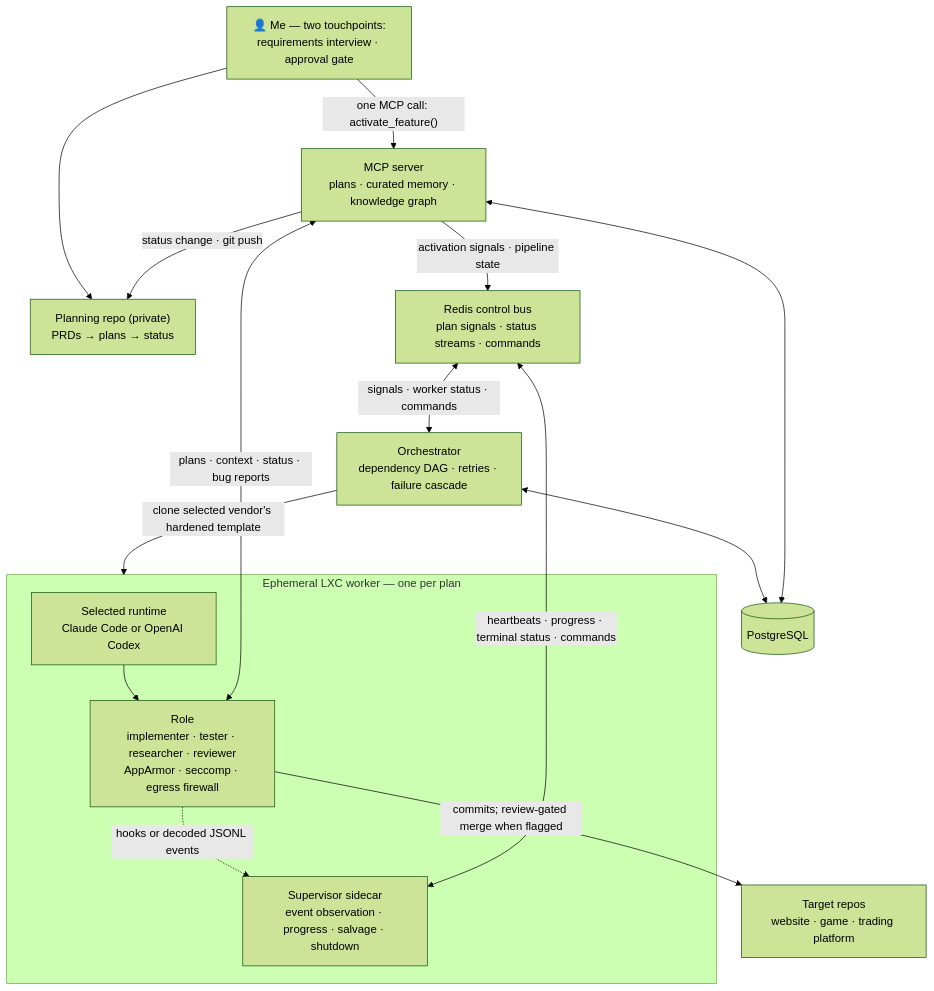
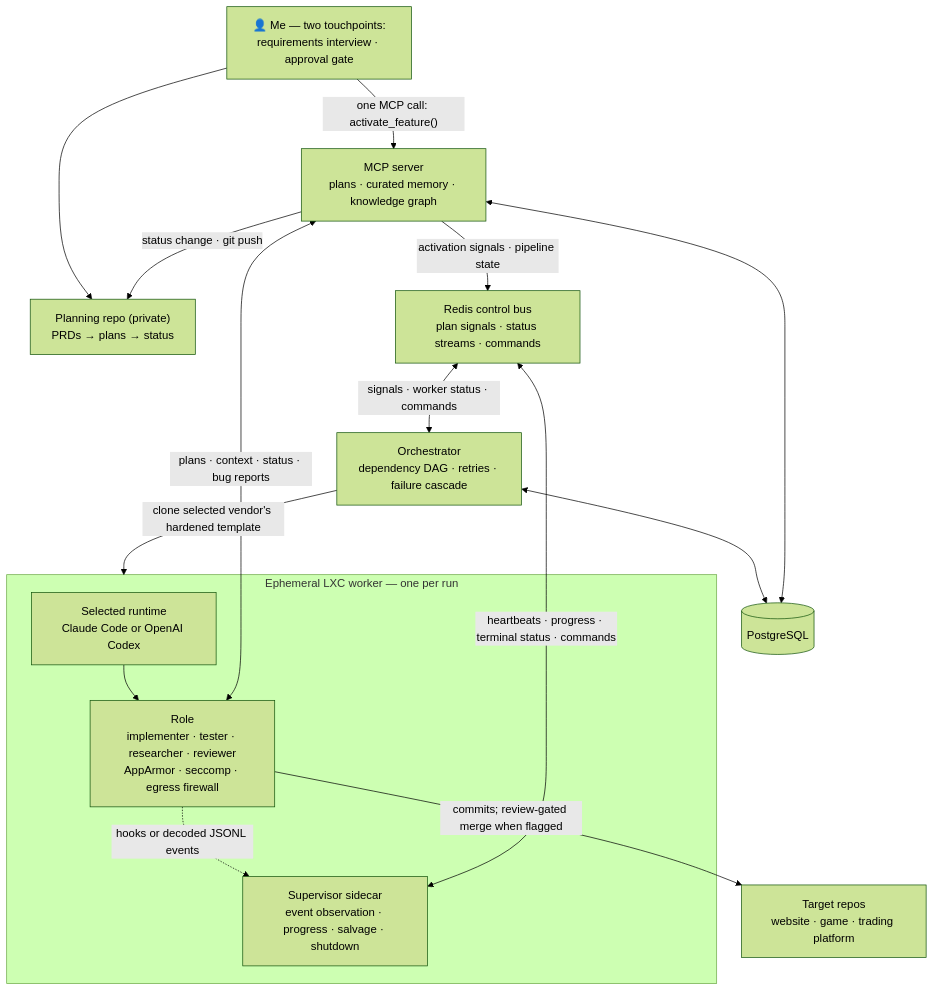
One commit to GuppitusMaximus/fish-tank changed the diagram in README.md. Above: the diagram before and after it, drawn with Mermaid (forest theme). The commit also changed other lines of this file, not shown here.

Commit message:
docs: explain replicant handoffs and plan continuity (#7)

````diff
--- a/README.md
+++ b/README.md
@@ -26,21 +26,21 @@
 ```mermaid
 flowchart TD
     U["👤 Me — two touchpoints:\nrequirements interview · approval gate"] --> P["Planning repo (private)\nPRDs → plans → status"]
     U -->|"one MCP call: activate_feature()"| M["MCP server\nplans · curated memory · knowledge graph"]
     M -->|"status change · git push"| P
     M -->|"activation signals · pipeline state"| B["Redis control bus\nplan signals · status streams · commands"]
     B <-->|"signals · worker status · commands"| O["Orchestrator\ndependency DAG · retries · failure cascade"]
     O <--> DB[("PostgreSQL")]
     M <--> DB
-    subgraph C["Ephemeral LXC worker — one per plan"]
+    subgraph C["Ephemeral LXC worker — one per run"]
         R["Selected runtime\nClaude Code or OpenAI Codex"]
         A["Role\nimplementer · tester · researcher · reviewer\nAppArmor · seccomp · egress firewall"]
         S["Supervisor sidecar\nevent observation · progress · salvage · shutdown"]
         R --> A
         A -.->|"hooks or decoded JSONL events"| S
     end
     O -->|"clone selected vendor's hardened template"| C
     S <-->|"heartbeats · progress · terminal status · commands"| B
     A <-->|"plans · context · status · bug reports"| M
     A -->|"commits; review-gated merge when flagged"| T["Target repos\nwebsite · game · trading platform"]
 ```
````
